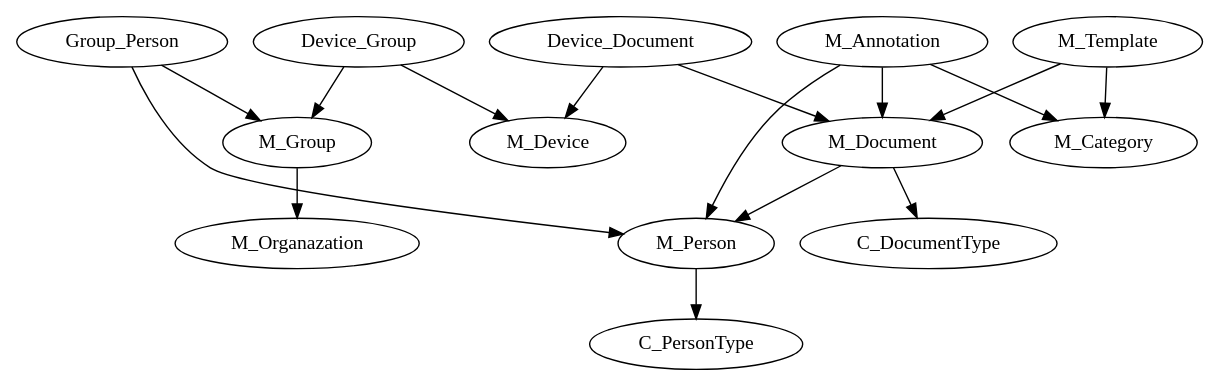
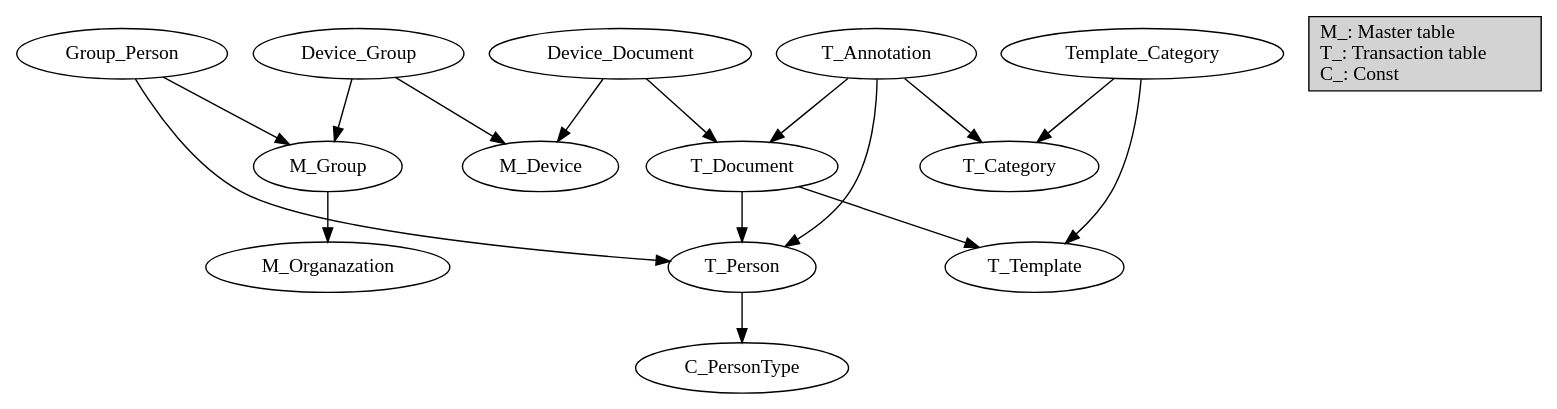
Before and after one commit to ctxzz/personalized-care-planner: the diagram in personalized-care-planner/Model/model-relation-v2.dot, drawn with Graphviz. The commit also changed 12 other files, not shown here.

```diff
--- a/personalized-care-planner/Model/model-relation-v2.dot
+++ b/personalized-care-planner/Model/model-relation-v2.dot
@@ -1,32 +1,34 @@
 digraph {
     device[label="M_Device"];
     group[label="M_Group"];
     organazation[label="M_Organazation"];
-    person[label="M_Person"];
+    person[label="T_Person"];
     personType[label="C_PersonType"];
-    document[label="M_Document"];
-    documentType[label="C_DocumentType"];
-    template[label="M_Template"];
-    category[label="M_Category"];
-    annotation[label="M_Annotation"];
+    document[label="T_Document"];
+    template[label="T_Template"];
+    category[label="T_Category"];
+    annotation[label="T_Annotation"];
 
     group -> organazation;
     person -> personType;
     document -> person;
-    document -> documentType;
-    template -> document;
-    template -> category;
+    document -> template;
     annotation -> person;
     annotation -> document;
     annotation -> category
 
     group_person[label="Group_Person"];
     device_group[label="Device_Group"];
     device_document[label="Device_Document"];
+    template_category[label="Template_Category"];
     group_person -> group;
     group_person -> person;
     device_group -> device;
     device_group -> group;
     device_document -> device;
     device_document -> document;
+    template_category -> template;
+    template_category -> category;
+
+    about[label="M_: Master table\lT_: Transaction table\lC_: Const\l", shape=box, style="solid, filled"];
 }
```
